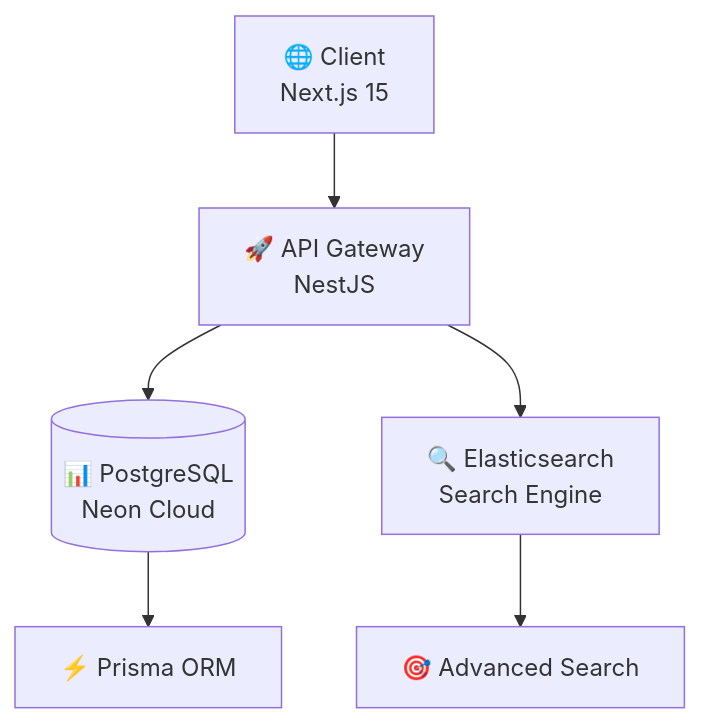
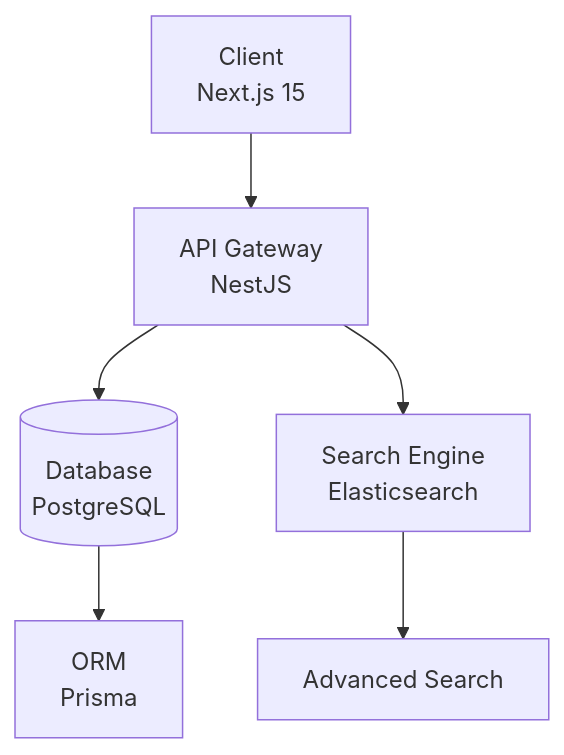
One commit to mrthinh307/back-market changed the first of 2 diagrams in Readme.md. Above: the diagram before and after it, drawn with Mermaid. The commit also changed other lines of this file, not shown here.

````diff
--- a/Readme.md
+++ b/Readme.md
@@ -109,8 +111,8 @@
 ```mermaid
 graph TD
-    A[🌐 Client<br/>Next.js 15] --> B[🚀 API Gateway<br/>NestJS]
-    B --> C[(📊 PostgreSQL<br/>Neon Cloud)]
-    B --> D[🔍 Elasticsearch<br/>Search Engine]
-    C --> E[⚡ Prisma ORM]
-    D --> F[🎯 Advanced Search]
+    A[Client<br/>Next.js 15] --> B[API Gateway<br/>NestJS]
+    B --> C[(Database<br/>PostgreSQL)]
+    B --> D[Search Engine<br/>Elasticsearch]
+    C --> E[ORM<br/>Prisma]
+    D --> F[Advanced Search]
 ```
````
